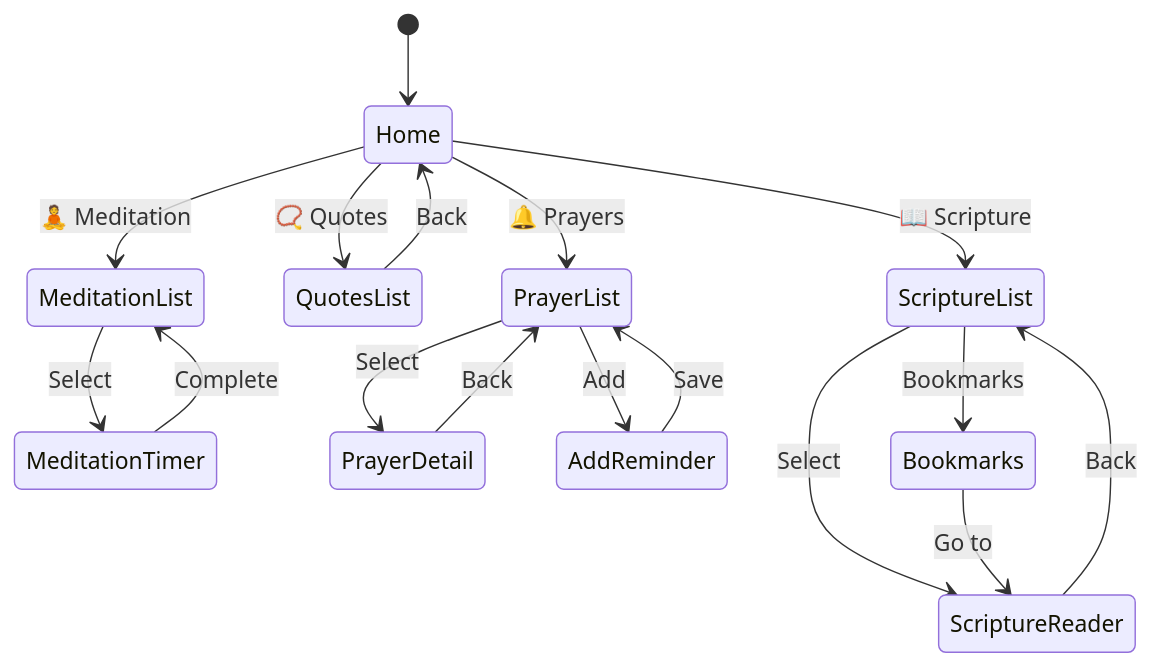
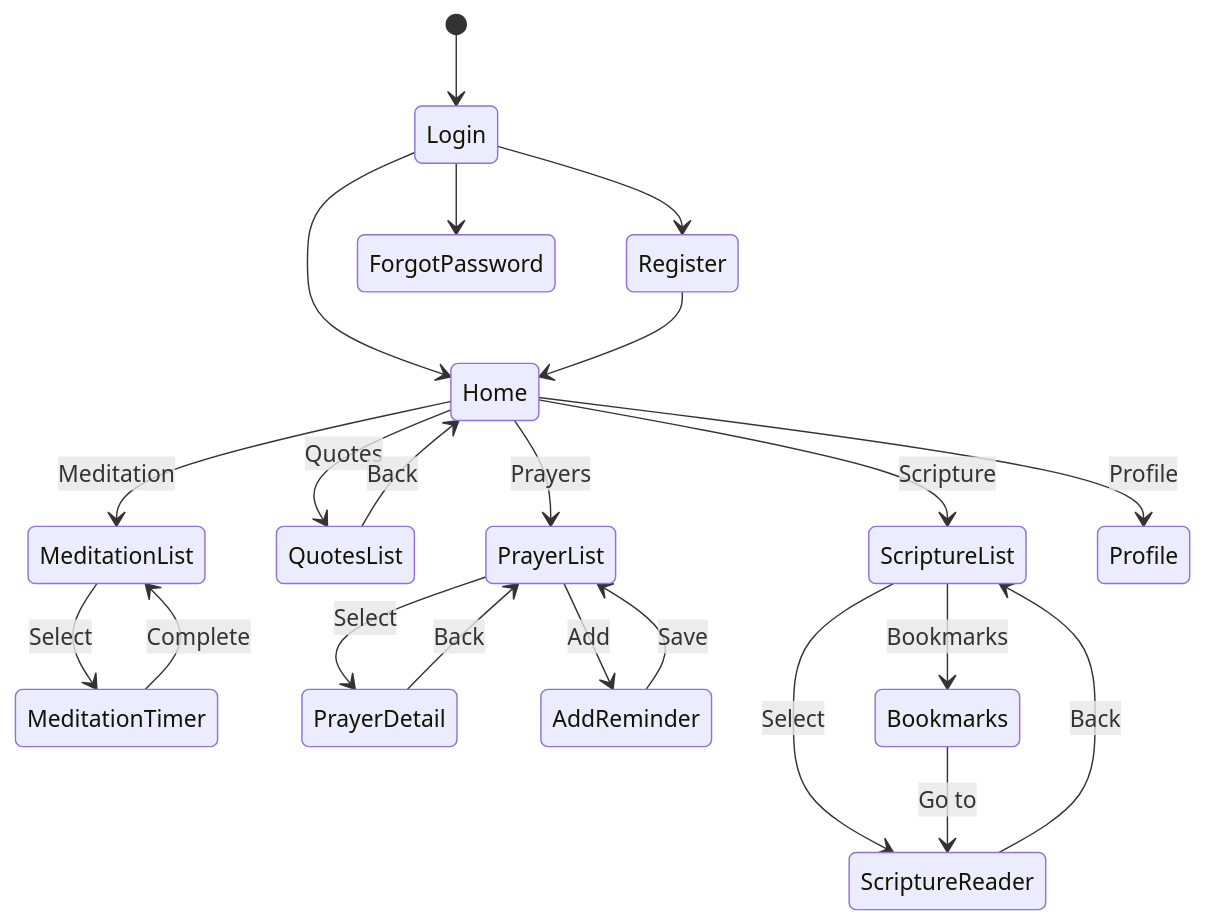
The fifth of 6 diagrams in README.md (kundan35/Siddhika), drawn with Mermaid before and after one commit. The commit also changed other lines of this file, not shown here.

````diff
--- a/README.md
+++ b/README.md
@@ -409,24 +285,29 @@
 ```mermaid
 stateDiagram-v2
-    [*] --> Home
+    [*] --> Login
+    Login --> Register
+    Login --> ForgotPassword
+    Login --> Home
+    Register --> Home
 
-    Home --> MeditationList: 🧘 Meditation
-    Home --> QuotesList: 📿 Quotes
-    Home --> PrayerList: 🔔 Prayers
-    Home --> ScriptureList: 📖 Scripture
+    Home --> MeditationList: Meditation
+    Home --> QuotesList: Quotes
+    Home --> PrayerList: Prayers
+    Home --> ScriptureList: Scripture
+    Home --> Profile: Profile
 
     MeditationList --> MeditationTimer: Select
     MeditationTimer --> MeditationList: Complete
 
     QuotesList --> Home: Back
 
     PrayerList --> PrayerDetail: Select
     PrayerList --> AddReminder: Add
     PrayerDetail --> PrayerList: Back
     AddReminder --> PrayerList: Save
 
     ScriptureList --> ScriptureReader: Select
     ScriptureList --> Bookmarks: Bookmarks
     ScriptureReader --> ScriptureList: Back
     Bookmarks --> ScriptureReader: Go to
 ```
````
